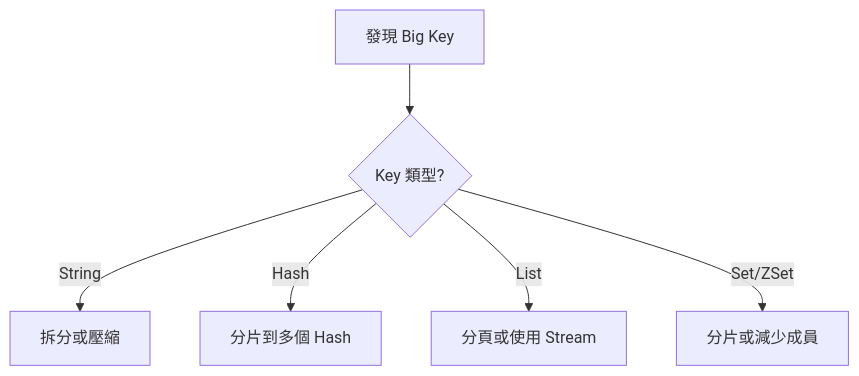
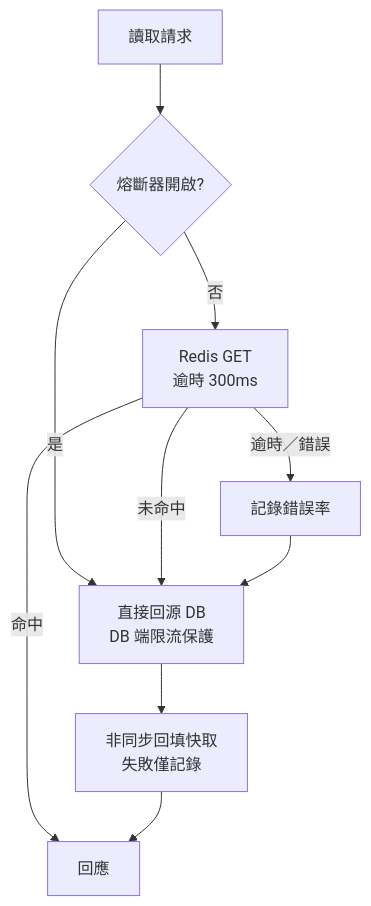
Diagram 17 of 30 in content/posts/教學/工具/Redis教學手冊.md (chihhung/Blog), drawn with Mermaid before and after one commit. The commit also changed other lines of this file and 10 other files, not shown here.

````diff
--- a/content/posts/教學/工具/Redis教學手冊.md
+++ b/content/posts/教學/工具/Redis教學手冊.md
@@ -2100,8 +3008,11 @@
 ```mermaid
 flowchart TD
-    A[發現 Big Key] --> B{Key 類型?}
-    B -->|String| C[拆分或壓縮]
-    B -->|Hash| D[分片到多個 Hash]
-    B -->|List| E[分頁或使用 Stream]
-    B -->|Set/ZSet| F[分片或減少成員]
+    A[讀取請求] --> B{熔斷器開啟?}
+    B -->|是| F[直接回源 DB<br/>DB 端限流保護]
+    B -->|否| C[Redis GET<br/>逾時 300ms]
+    C -->|命中| D[回應]
+    C -->|未命中| F
+    C -->|逾時／錯誤| E[記錄錯誤率] --> F
+    F --> G[非同步回填快取<br/>失敗僅記錄]
+    G --> D
 ```
````
